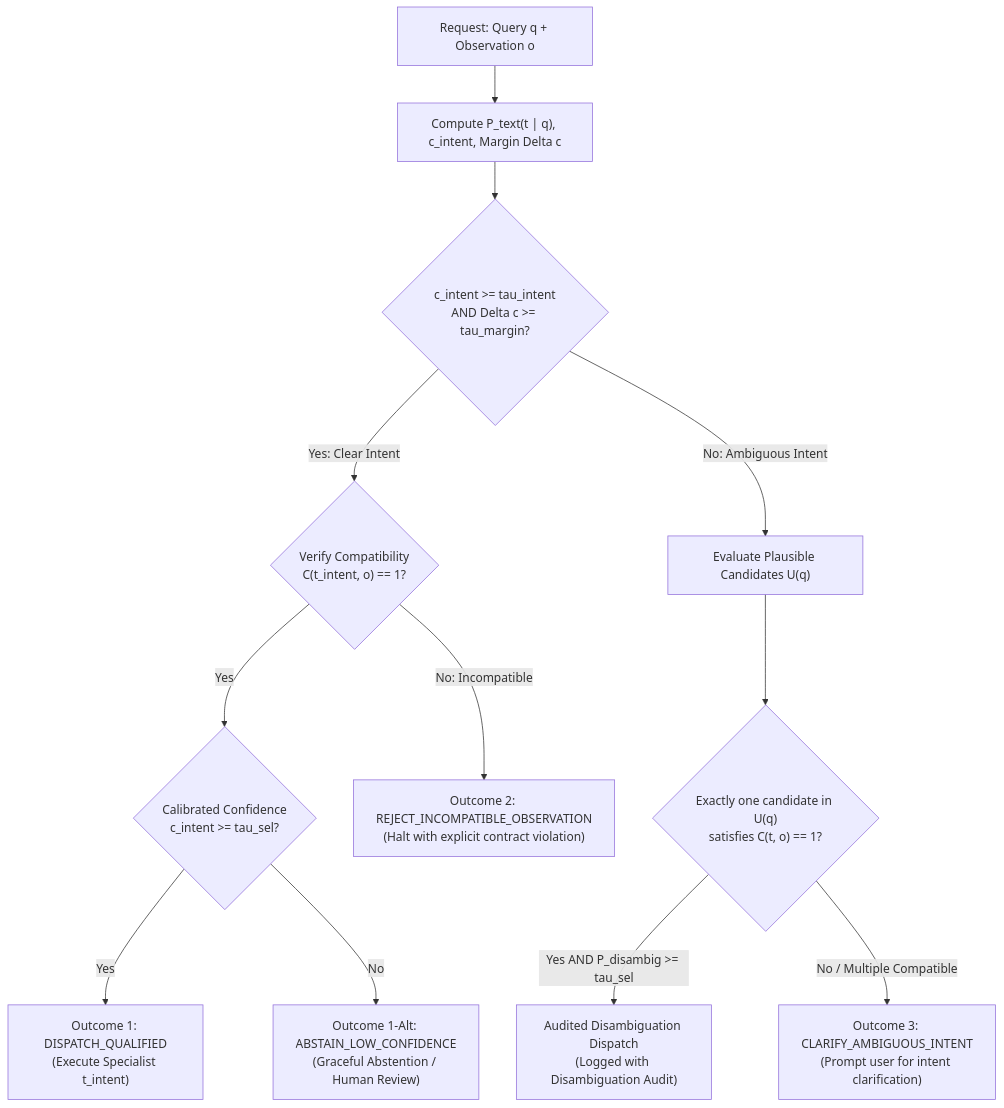
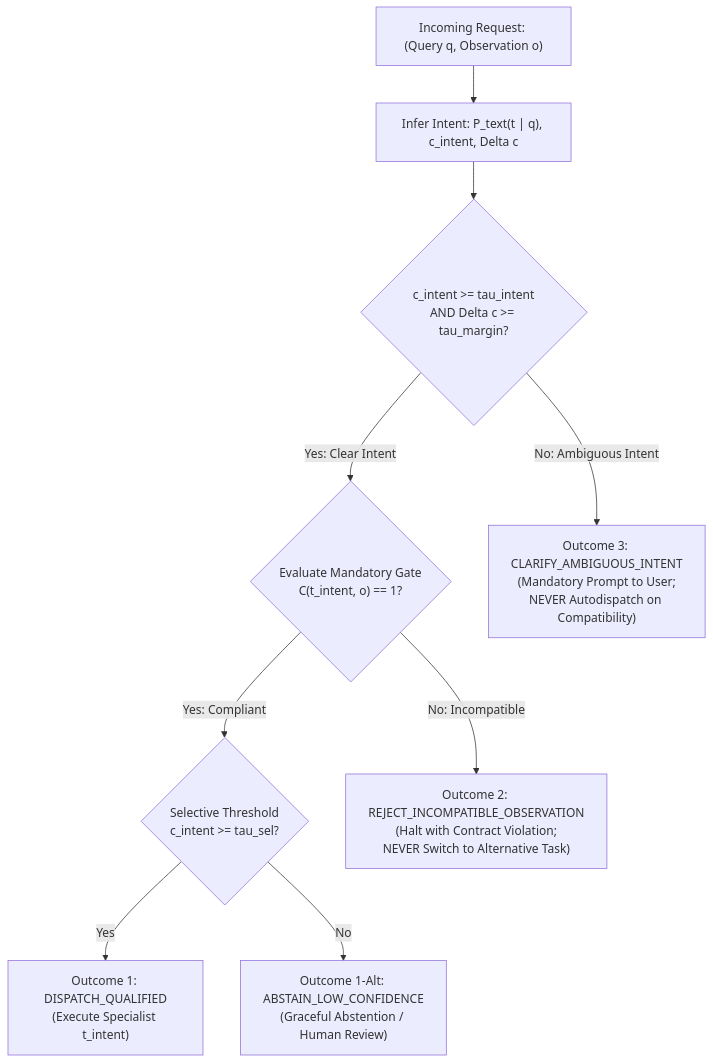
The diagram in PHASE3_M30_PROTOCOL_FREEZE.md (navaneeth2205/SatQueryAI), drawn with Mermaid before and after one commit. The commit also changed other lines of this file, not shown here.

Commit message:
docs(phase3): incorporate M3.0 review corrections for protocol freeze

````diff
--- a/PHASE3_M30_PROTOCOL_FREEZE.md
+++ b/PHASE3_M30_PROTOCOL_FREEZE.md
@@ -59,18 +58,14 @@
 ```mermaid
 flowchart TD
-    Start["Request: Query q + Observation o"] --> Intent["Compute P_text(t | q), c_intent, Margin Delta c"]
-    Intent --> CheckIntent{"c_intent >= tau_intent\nAND Delta c >= tau_margin?"}
-    
-    CheckIntent -->|Yes: Clear Intent| CheckCompat{"Verify Compatibility\nC(t_intent, o) == 1?"}
-    CheckIntent -->|No: Ambiguous Intent| AmbiguityGate["Evaluate Plausible Candidates U(q)"]
-    
-    CheckCompat -->|Yes| SelCheck{"Calibrated Confidence\nc_intent >= tau_sel?"}
-    CheckCompat -->|No: Incompatible| Outcome2["Outcome 2: REJECT_INCOMPATIBLE_OBSERVATION\n(Halt with explicit contract violation)"]
-    
-    SelCheck -->|Yes| Outcome1A["Outcome 1: DISPATCH_QUALIFIED\n(Execute Specialist t_intent)"]
-    SelCheck -->|No| Outcome1B["Outcome 1-Alt: ABSTAIN_LOW_CONFIDENCE\n(Graceful Abstention / Human Review)"]
-    
-    AmbiguityGate --> CheckDisambig{"Exactly one candidate in U(q)\nsatisfies C(t, o) == 1?"}
-    CheckDisambig -->|Yes AND P_disambig >= tau_sel| Outcome3A["Audited Disambiguation Dispatch\n(Logged with Disambiguation Audit)"]
-    CheckDisambig -->|No / Multiple Compatible| Outcome3B["Outcome 3: CLARIFY_AMBIGUOUS_INTENT\n(Prompt user for intent clarification)"]
+    Start["Incoming Request: (Query q, Observation o)"] --> IntentStep["Infer Intent: P_text(t | q), c_intent, Delta c"]
+    IntentStep --> CheckIntent{"c_intent >= tau_intent\nAND Delta c >= tau_margin?"}
+
+    CheckIntent -->|Yes: Clear Intent| CheckGate{"Evaluate Mandatory Gate\nC(t_intent, o) == 1?"}
+    CheckIntent -->|No: Ambiguous Intent| Outcome3["Outcome 3: CLARIFY_AMBIGUOUS_INTENT\n(Mandatory Prompt to User;\nNEVER Autodispatch on Compatibility)"]
+
+    CheckGate -->|Yes: Compliant| CheckSel{"Selective Threshold\nc_intent >= tau_sel?"}
+    CheckGate -->|No: Incompatible| Outcome2["Outcome 2: REJECT_INCOMPATIBLE_OBSERVATION\n(Halt with Contract Violation;\nNEVER Switch to Alternative Task)"]
+
+    CheckSel -->|Yes| Outcome1A["Outcome 1: DISPATCH_QUALIFIED\n(Execute Specialist t_intent)"]
+    CheckSel -->|No| Outcome1B["Outcome 1-Alt: ABSTAIN_LOW_CONFIDENCE\n(Graceful Abstention / Human Review)"]
 ```
````
